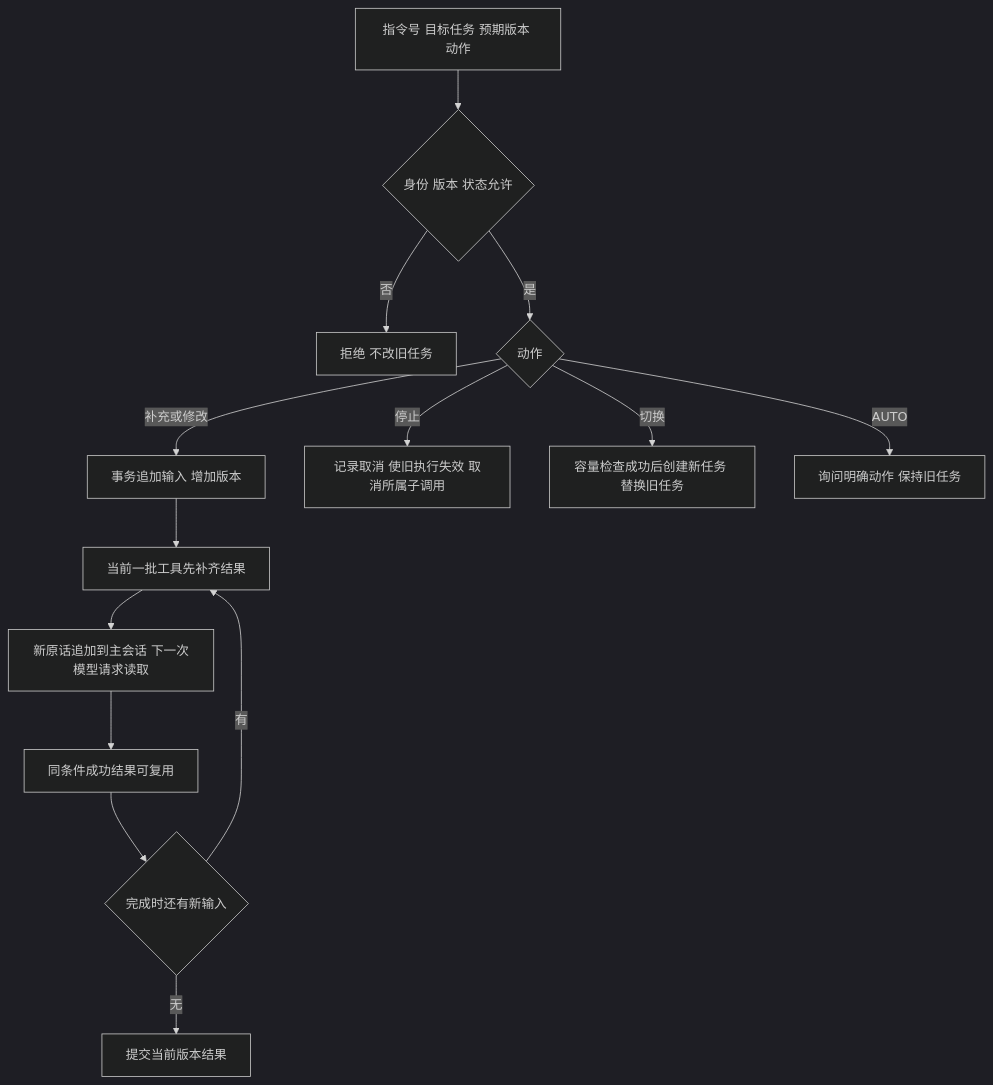
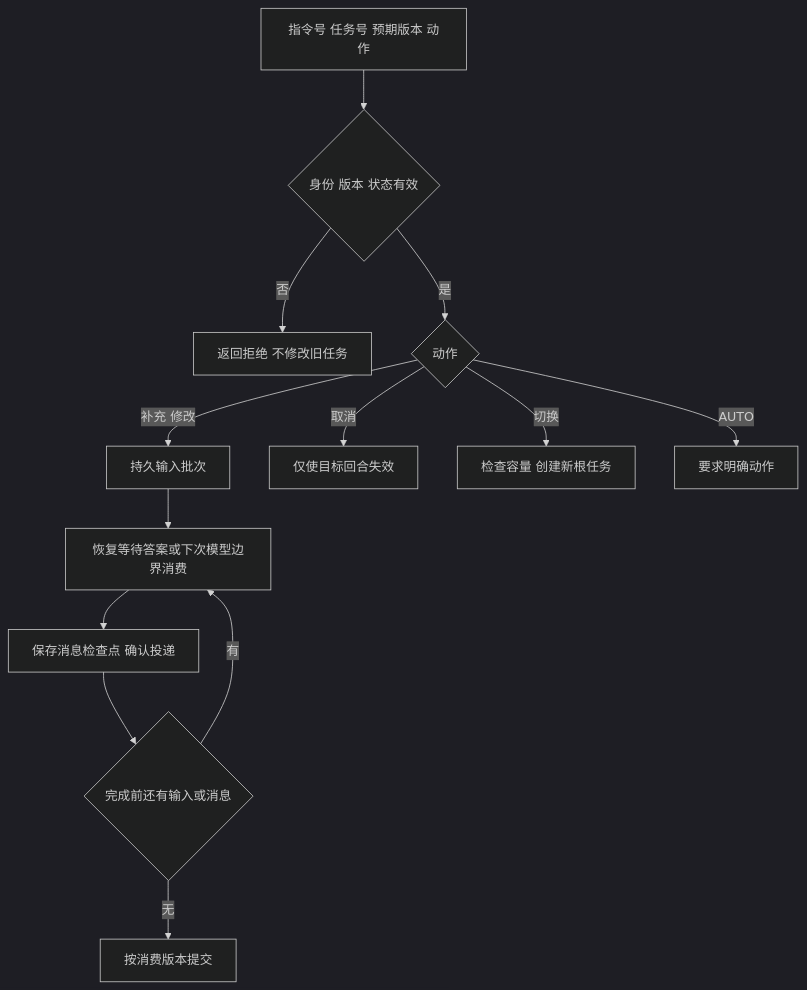
Before and after one commit to hj456992/agentscope-react-demo: the second of 2 diagrams in docs/Supervisor使用说明.md, drawn with Mermaid (dark theme). The commit also changed other lines of this file and 134 other files, not shown here.

````diff
--- a/docs/Supervisor使用说明.md
+++ b/docs/Supervisor使用说明.md
@@ -74,16 +53,15 @@
 ```mermaid
 flowchart TD
-    A[指令号 目标任务 预期版本 动作] --> B{身份 版本 状态允许}
-    B -->|否| X[拒绝 不改旧任务]
-    B -->|是| C{动作}
-    C -->|补充或修改| D[事务追加输入 增加版本]
-    D --> E[当前一批工具先补齐结果]
-    E --> F[新原话追加到主会话 下一次模型请求读取]
-    F --> G[同条件成功结果可复用]
-    G --> H{完成时还有新输入}
-    H -->|有| E
-    H -->|无| J[提交当前版本结果]
-    C -->|停止| K[记录取消 使旧执行失效 取消所属子调用]
-    C -->|切换| L[容量检查成功后创建新任务 替换旧任务]
-    C -->|AUTO| M[询问明确动作 保持旧任务]
+    I[指令号 任务号 预期版本 动作] --> V{身份 版本 状态有效}
+    V -->|否| E[返回拒绝 不修改旧任务]
+    V -->|是| D{动作}
+    D -->|补充 修改| Q[持久输入批次]
+    Q --> B[恢复等待答案或下次模型边界消费]
+    B --> C[保存消息检查点 确认投递]
+    C --> F{完成前还有输入或消息}
+    F -->|有| B
+    F -->|无| O[按消费版本提交]
+    D -->|取消| X[仅使目标回合失效]
+    D -->|切换| N[检查容量 创建新根任务]
+    D -->|AUTO| A[要求明确动作]
 ```
````
